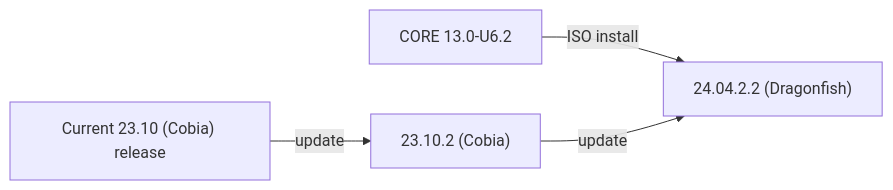
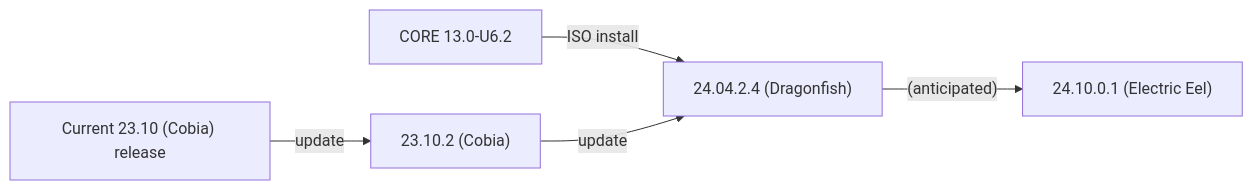
The second of 2 diagrams in static/includes/SCALEUpgradePaths.md (truenas/documentation), drawn with Mermaid before and after one commit. The commit also changed other lines of this file, not shown here.

```diff
--- a/static/includes/SCALEUpgradePaths.md
+++ b/static/includes/SCALEUpgradePaths.md
@@ -24,7 +30,8 @@
-      {{< mermaid class="mermaid_sizing" >}}
-      flowchart LR
-        A["CORE 13.0-U6.2"] -->|ISO install| D
-        B["Current 23.10 (Cobia) release"] -->|update| C
-        C["23.10.2 (Cobia)"] -->|update| D
-        D["24.04.2.2 (Dragonfish)"]
-      {{< /mermaid >}}
+          {{< mermaid class="mermaid_sizing" >}}
+          flowchart LR
+            A["CORE 13.0-U6.2"] -->|ISO install| D
+            B["Current 23.10 (Cobia) release"] -->|update| C
+            C["23.10.2 (Cobia)"] -->|update| D
+            D["24.04.2.4 (Dragonfish)"]  -->|"(anticipated)"| E
+            E["24.10.0.1 (Electric Eel)"]
+          {{< /mermaid >}}
```
